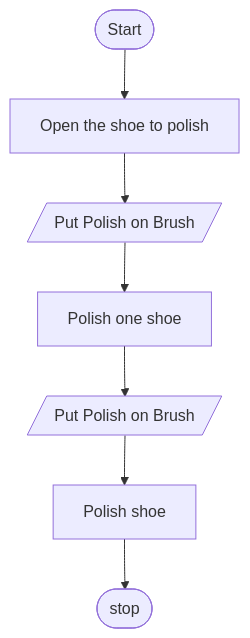
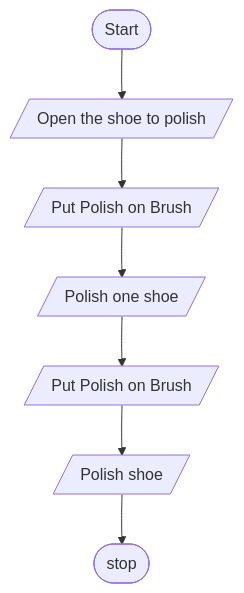
One commit to zk-007/AutiStudy-App changed the seventh of 25 diagrams in frontend/books_mds/Grade 7/comp/comp_7.md. Above: the diagram before and after it, drawn with Mermaid. The commit also changed other lines of this file and 12 other files, not shown here.

````diff
--- a/frontend/books_mds/Grade 7/comp/comp_7.md
+++ b/frontend/books_mds/Grade 7/comp/comp_7.md
@@ -2674,9 +2533,9 @@
 ```mermaid
-flowchart TD
-    Start([Start]) --> Open[Open the shoe to polish]
-    Open --> Put1[/Put Polish on Brush/]
-    Put1 --> Polish1[Polish one shoe]
-    Polish1 --> Put2[/Put Polish on Brush/]
-    Put2 --> Polish2[Polish shoe]
-    Polish2 --> Stop([stop])
+graph TD
+    A([Start]) --> B[/Open the shoe to polish/]
+    B --> C[/Put Polish on Brush/]
+    C --> D[/Polish one shoe/]
+    D --> E[/Put Polish on Brush/]
+    E --> F[/Polish shoe/]
+    F --> G([stop])
 ```
````
